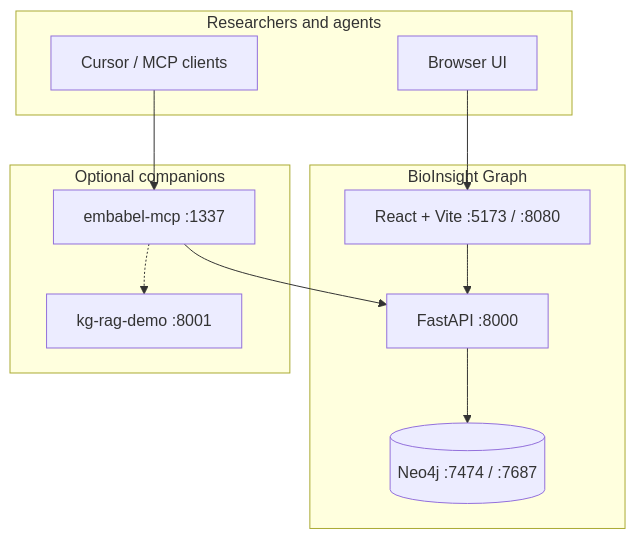
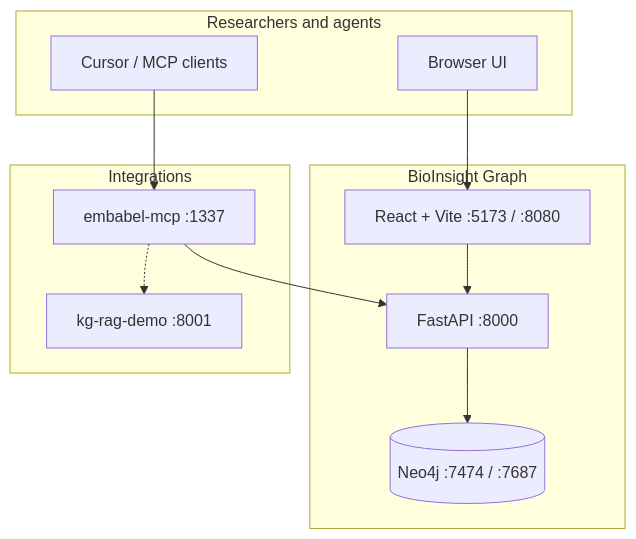
The first of 3 diagrams in docs/ARCHITECTURE.md (LordKay-sudo/bioinsight-graph), drawn with Mermaid before and after one commit. The commit also changed 1 other file, not shown here.

Commit message:
Docs: integrations wording — BioInsight is the application

````diff
--- a/docs/ARCHITECTURE.md
+++ b/docs/ARCHITECTURE.md
@@ -7,22 +7,22 @@
 ```mermaid
 flowchart TB
   subgraph users [Researchers and agents]
     U[Browser UI]
     C[Cursor / MCP clients]
   end
   subgraph bioinsight [BioInsight Graph]
     WEB[React + Vite :5173 / :8080]
     API[FastAPI :8000]
     N4j[(Neo4j :7474 / :7687)]
   end
-  subgraph optional [Optional companions]
+  subgraph integrations [Integrations]
     MCP[embabel-mcp :1337]
     RAG[kg-rag-demo :8001]
   end
   U --> WEB
   WEB --> API
   API --> N4j
   C --> MCP
   MCP --> API
   MCP -.-> RAG
 ```
````
